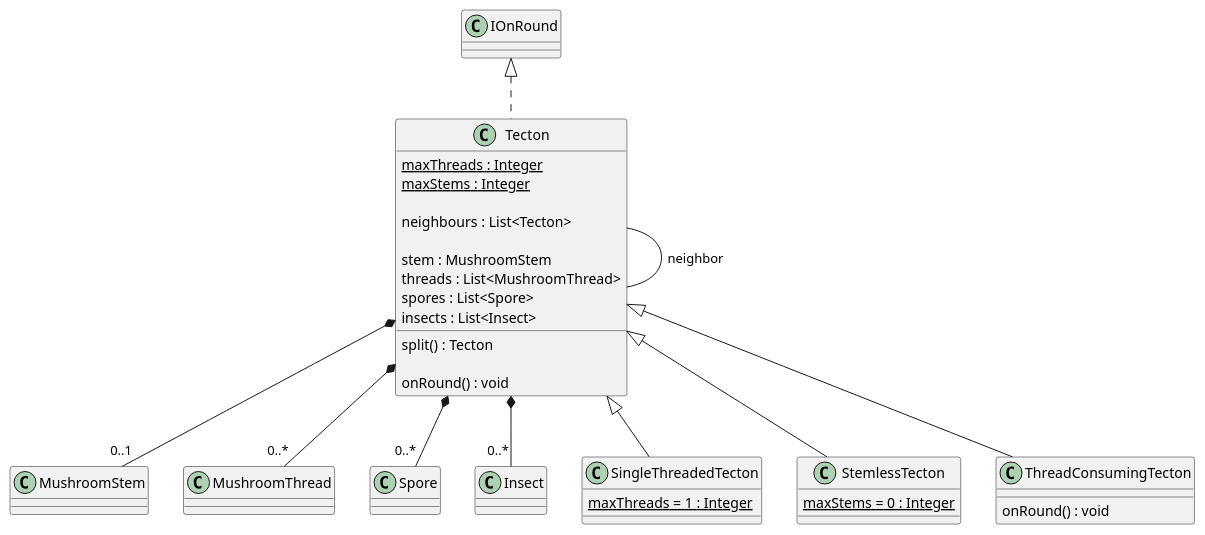
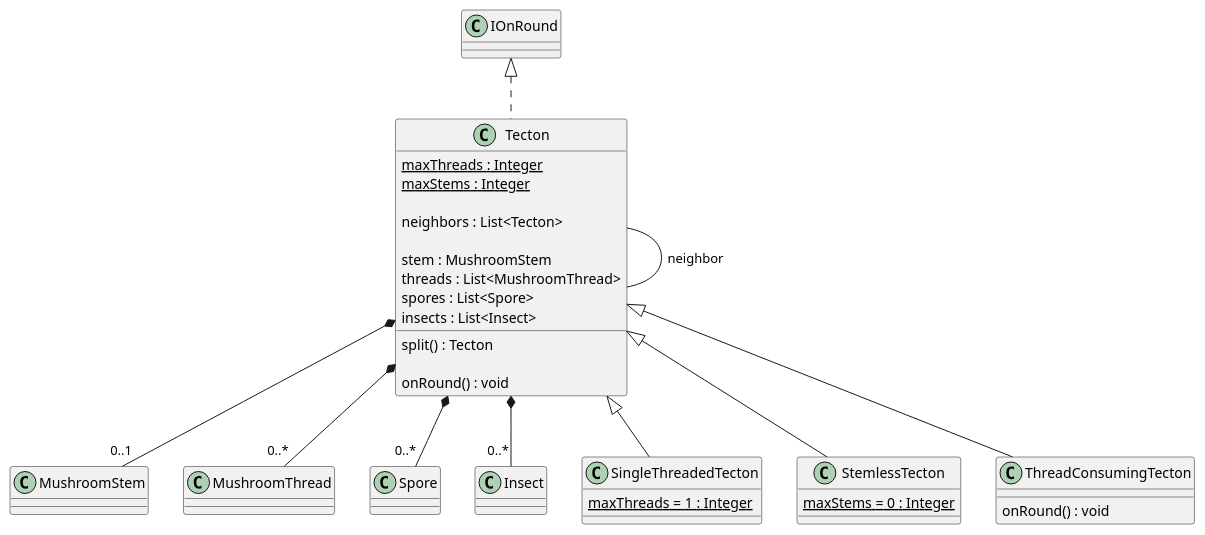
Before and after one commit to Petya-G/fungorium: the diagram in 3/classes/tecton.puml, drawn with PlantUML. The commit also changed 1 other file, not shown here.

```diff
--- a/3/classes/tecton.puml
+++ b/3/classes/tecton.puml
@@ -1,56 +1,56 @@
 @startuml tecton
   IOnRound <|.. Tecton 
   Tecton  -- Tecton : neighbor
   'Tecton *-- "0..*" Entity
   class Tecton {
     {static} maxThreads : Integer
     {static} maxStems : Integer
     
-    neighbours : List<Tecton>
+    neighbors : List<Tecton>
 
     stem : MushroomStem
     threads : List<MushroomThread>
     spores : List<Spore>
     insects : List<Insect>  
 
     'addNeighbour(Tecton) : void
     'addStem(MushroomStem stem) : void
     'removeStem() : void
     'addThread(MushroomThread thread) : void
     'removeThread(MushroomThread thread) : void
     'addSpore(Spore spore) : void
     'removeSpore(Spore spore) : void
     'addInsect(Insect insect) : void
     'removeInsect(Insect insect) : void
 
     split() : Tecton
 
     onRound() : void
   }
 
   Tecton *-- "0..1" MushroomStem 
   Tecton *-- "0..*" MushroomThread
   
   Tecton *-- "0..*" Spore
   Tecton *-- "0..*" Insect
   'SingleThreadedTecton *-- "0..1" MushroomStem
   'SingleThreadedTecton "2" *-- "0..1" MushroomThread
   Tecton <|-- SingleThreadedTecton
   class SingleThreadedTecton {
     {static} maxThreads = 1 : Integer
   }
 
 
   'BodylessTecton "2" *-- "0..*" MushroomThread
   Tecton <|-- StemlessTecton
   class StemlessTecton {
     {static} maxStems = 0 : Integer
   }
 
   ' ThreadConsumingTecton *-- "0..1" MushroomStem
   'ThreadConsumingTecton "2" *-- "0..*" MushroomThread
   Tecton <|-- ThreadConsumingTecton
   class ThreadConsumingTecton {
     onRound() : void
   }
 @enduml
```
